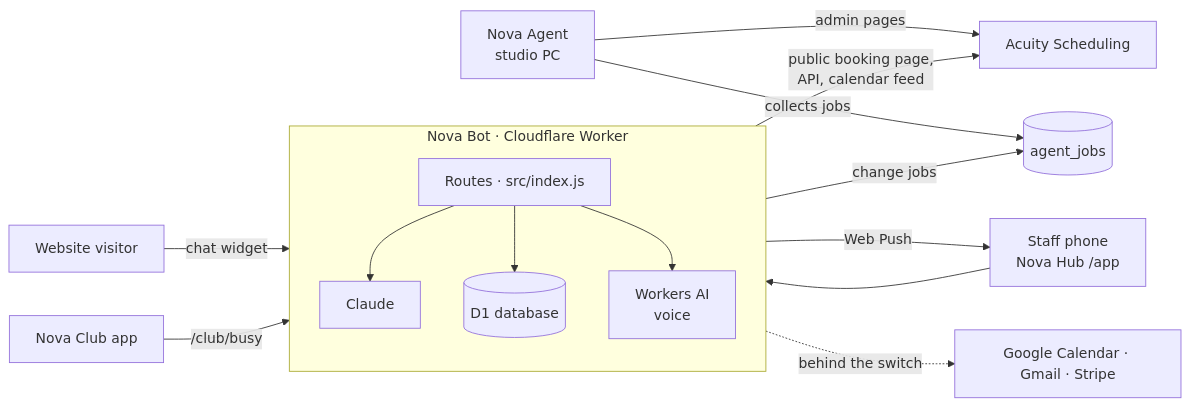
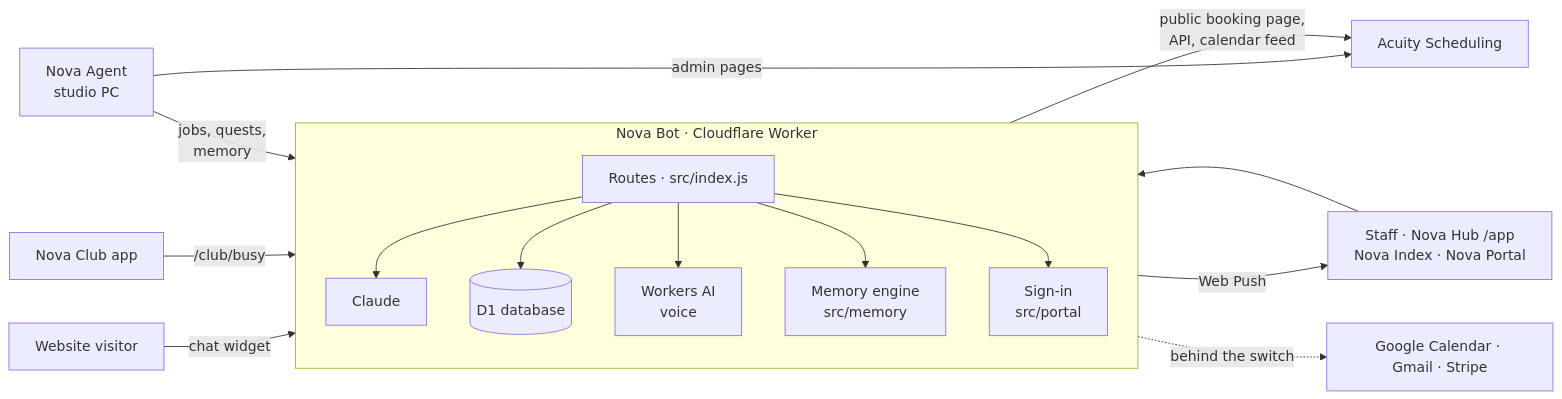
One commit to tuniveza/nova-bot changed the diagram in README.md. Above: the diagram before and after it, drawn with Mermaid. The commit also changed other lines of this file and 25 other files, not shown here.

First line of the commit message:
README: a fresh look at NovaBot, Nova Hub, the admin pages, Nova Index and Nova Portal

````diff
--- a/README.md
+++ b/README.md
@@ -115,17 +341,18 @@
 ```mermaid
 flowchart LR
     V[Website visitor] -->|chat widget| W
-    S[Staff phone<br/>Nova Hub /app] --> W
+    S[Staff · Nova Hub /app<br/>Nova Index · Nova Portal] --> W
     C[Nova Club app] -->|/club/busy| W
     subgraph W[Nova Bot · Cloudflare Worker]
       R[Routes · src/index.js] --> CL[Claude]
       R --> DB[(D1 database)]
       R --> AI[Workers AI<br/>voice]
+      R --> MEM[Memory engine<br/>src/memory]
+      R --> PO[Sign-in<br/>src/portal]
     end
     W -->|public booking page,<br/>API, calendar feed| A[Acuity Scheduling]
-    W -->|change jobs| Q[(agent_jobs)]
-    NA[Nova Agent<br/>studio PC] -->|collects jobs| Q
+    NA[Nova Agent<br/>studio PC] -->|jobs, quests,<br/>memory| W
     NA -->|admin pages| A
     W -->|Web Push| S
     W -.->|behind the switch| G[Google Calendar · Gmail · Stripe]
 ```
````
